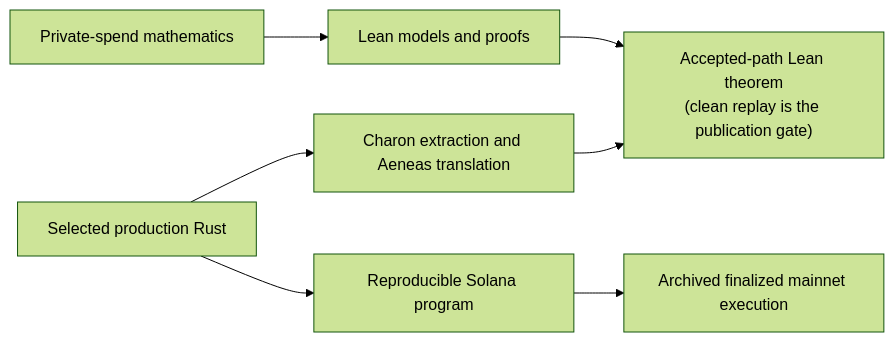
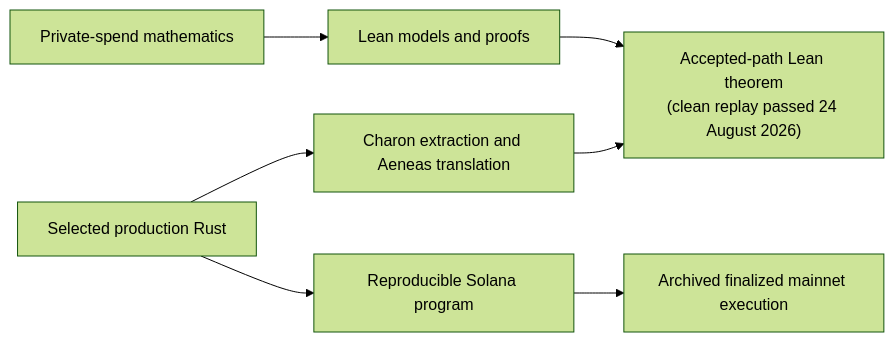
One commit to DJBarker87/aspis changed the diagram in docs/formal-verification.md. Above: the diagram before and after it, drawn with Mermaid (forest theme). The commit also changed other lines of this file and 13 other files, not shown here.

Commit message:
docs: record accepted-path replay completion

````diff
--- a/docs/formal-verification.md
+++ b/docs/formal-verification.md
@@ -13,17 +13,17 @@
 ```mermaid
 flowchart LR
     M["Private-spend mathematics"]
     L["Lean models and proofs"]
     R["Selected production Rust"]
     A["Charon extraction and Aeneas translation"]
-    E["Accepted-path Lean theorem<br/>(clean replay is the publication gate)"]
+    E["Accepted-path Lean theorem<br/>(clean replay passed 24 August 2026)"]
     B["Reproducible Solana program"]
     X["Archived finalized mainnet execution"]
 
     M --> L
     R --> A
     L --> E
     A --> E
     R --> B
     B --> X
 ```
````
